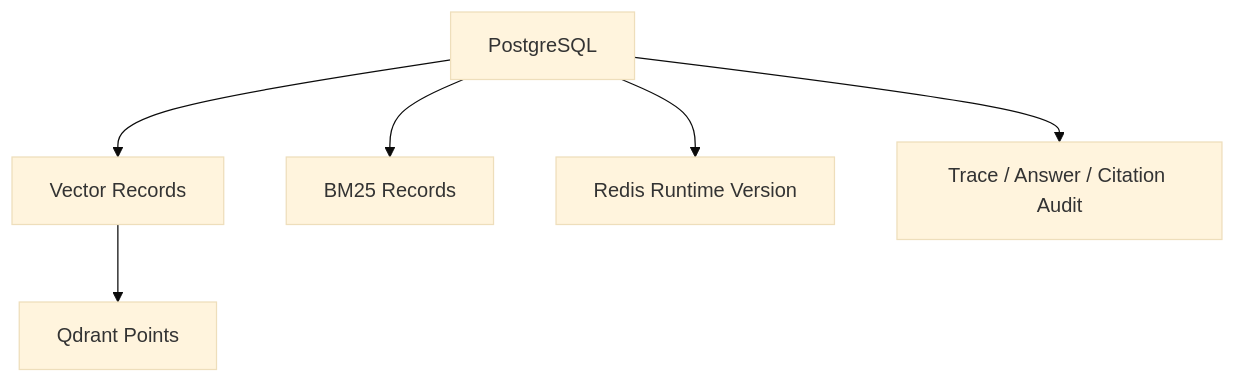
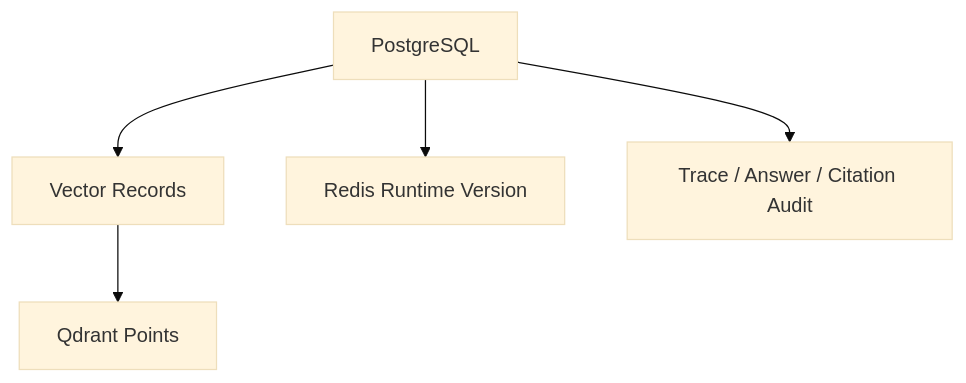
One commit to Sggggt/SymboGraph changed the third of 11 diagrams in docs/technical-spec.md. Above: the diagram before and after it, drawn with Mermaid (base theme). The commit also changed other lines of this file and 53 other files, not shown here.

Commit message:
v1.4.1 beta: 使用动态KNN算法构建底层图谱，分层图谱检索修复了预算不均匀的问题，取消了重排序功能

````diff
--- a/docs/technical-spec.md
+++ b/docs/technical-spec.md
@@ -631,8 +729,7 @@
 ```mermaid
 flowchart TB
     PG["PostgreSQL"] --> VR["Vector Records"]
     VR --> QD["Qdrant Points"]
-    PG --> BM["BM25 Records"]
     PG --> RD["Redis Runtime Version"]
     PG --> AU["Trace / Answer / Citation Audit"]
 ```
````
